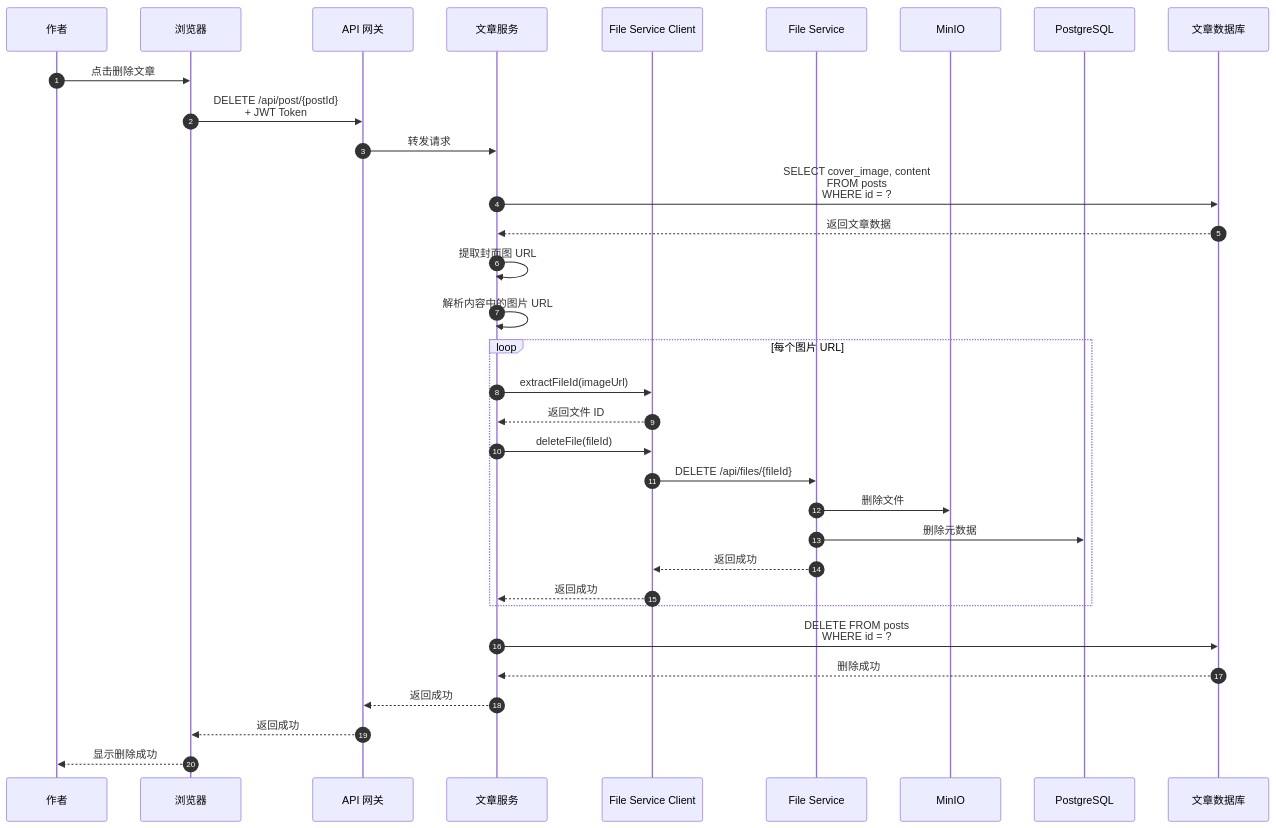
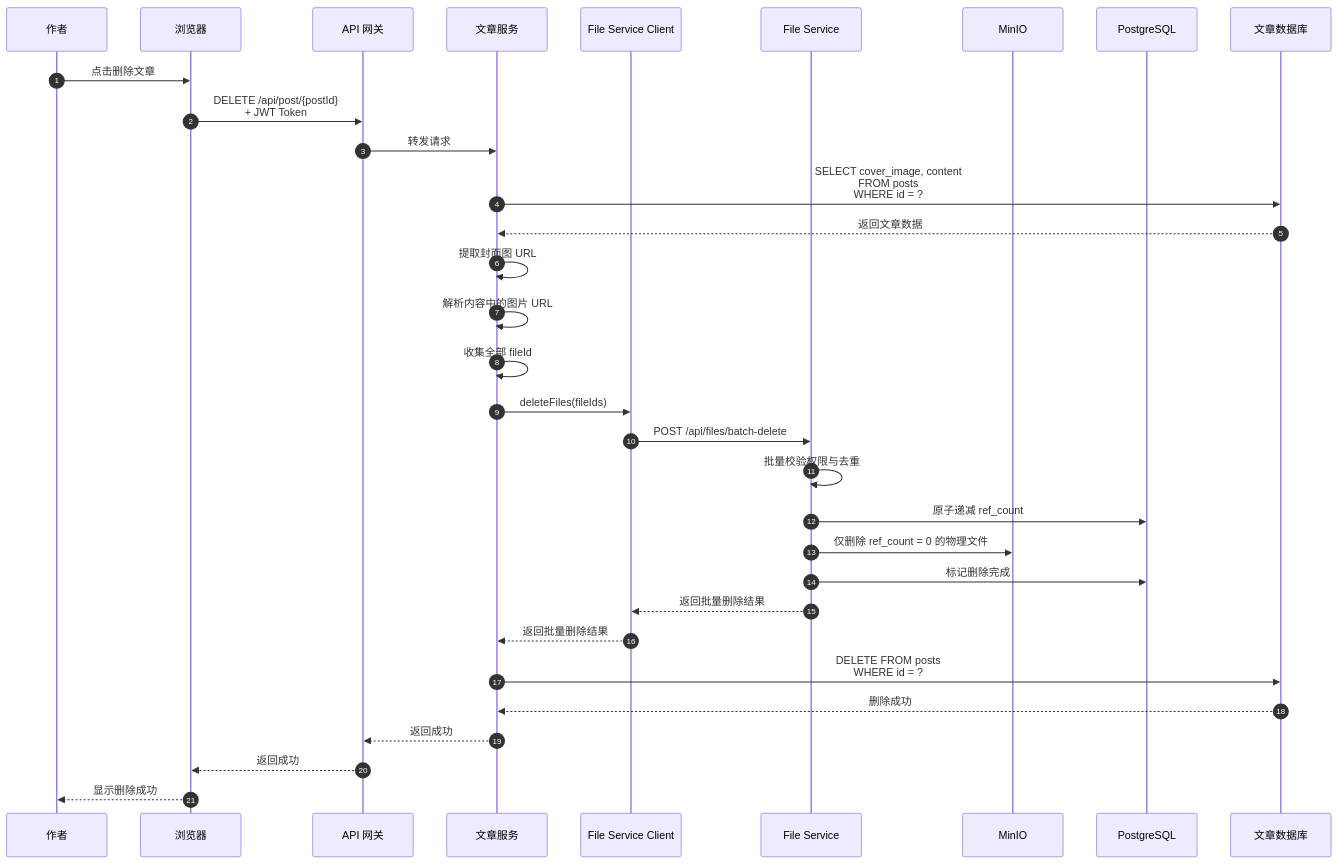
The seventh of 12 diagrams in docs/architecture/file-service-data-flow.md (architectcgz/zhicore), drawn with Mermaid before and after one commit. The commit also changed other lines of this file and 131 other files, not shown here.

````diff
--- a/docs/architecture/file-service-data-flow.md
+++ b/docs/architecture/file-service-data-flow.md
@@ -293,42 +294,40 @@
 ```mermaid
 sequenceDiagram
     autonumber
     participant Author as 作者
     participant Browser as 浏览器
     participant Gateway as API 网关
     participant PostService as 文章服务
     participant FileClient as File Service Client
     participant FileService as File Service
     participant MinIO as MinIO
     participant PostgreSQL as PostgreSQL
     participant PostDB as 文章数据库
     
     Author->>Browser: 点击删除文章
     Browser->>Gateway: DELETE /api/post/{postId}<br/>+ JWT Token
     Gateway->>PostService: 转发请求
     
     PostService->>PostDB: SELECT cover_image, content<br/>FROM posts<br/>WHERE id = ?
     PostDB-->>PostService: 返回文章数据
     
     PostService->>PostService: 提取封面图 URL
     PostService->>PostService: 解析内容中的图片 URL
     
-    loop 每个图片 URL
-        PostService->>FileClient: extractFileId(imageUrl)
-        FileClient-->>PostService: 返回文件 ID
-        
-        PostService->>FileClient: deleteFile(fileId)
-        FileClient->>FileService: DELETE /api/files/{fileId}
-        FileService->>MinIO: 删除文件
-        FileService->>PostgreSQL: 删除元数据
-        FileService-->>FileClient: 返回成功
-        FileClient-->>PostService: 返回成功
-    end
+    PostService->>PostService: 收集全部 fileId
+    PostService->>FileClient: deleteFiles(fileIds)
+    FileClient->>FileService: POST /api/files/batch-delete
+    FileService->>FileService: 批量校验权限与去重
+    FileService->>PostgreSQL: 原子递减 ref_count
+    FileService->>MinIO: 仅删除 ref_count = 0 的物理文件
+    FileService->>PostgreSQL: 标记删除完成
+    FileService-->>FileClient: 返回批量删除结果
+    FileClient-->>PostService: 返回批量删除结果
     
     PostService->>PostDB: DELETE FROM posts<br/>WHERE id = ?
     PostDB-->>PostService: 删除成功
     
     PostService-->>Gateway: 返回成功
     Gateway-->>Browser: 返回成功
     Browser-->>Author: 显示删除成功
 ```
````
